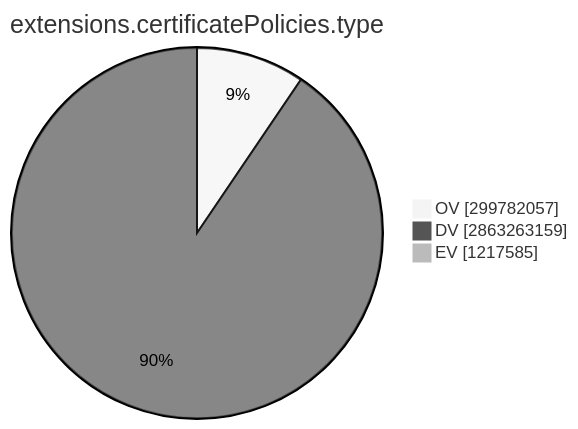
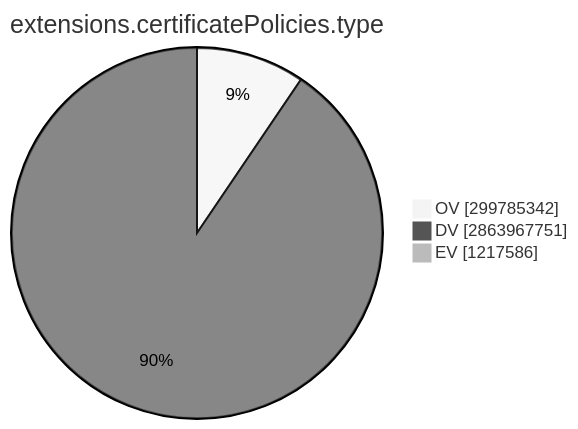
The ninth of 15 diagrams in TOTAL/README.md (christiankrug/ctmonitor_visualization), drawn with Mermaid (neutral theme) before and after one commit. The commit also changed other lines of this file, not shown here.

````diff
--- a/TOTAL/README.md
+++ b/TOTAL/README.md
@@ -3101,7 +3101,7 @@
 ```mermaid
 pie showData
 title extensions.certificatePolicies.type
-"OV" :299782057
-"DV" :2863263159
-"EV" :1217585
+"OV" :299785342
+"DV" :2863967751
+"EV" :1217586
 ```
````
